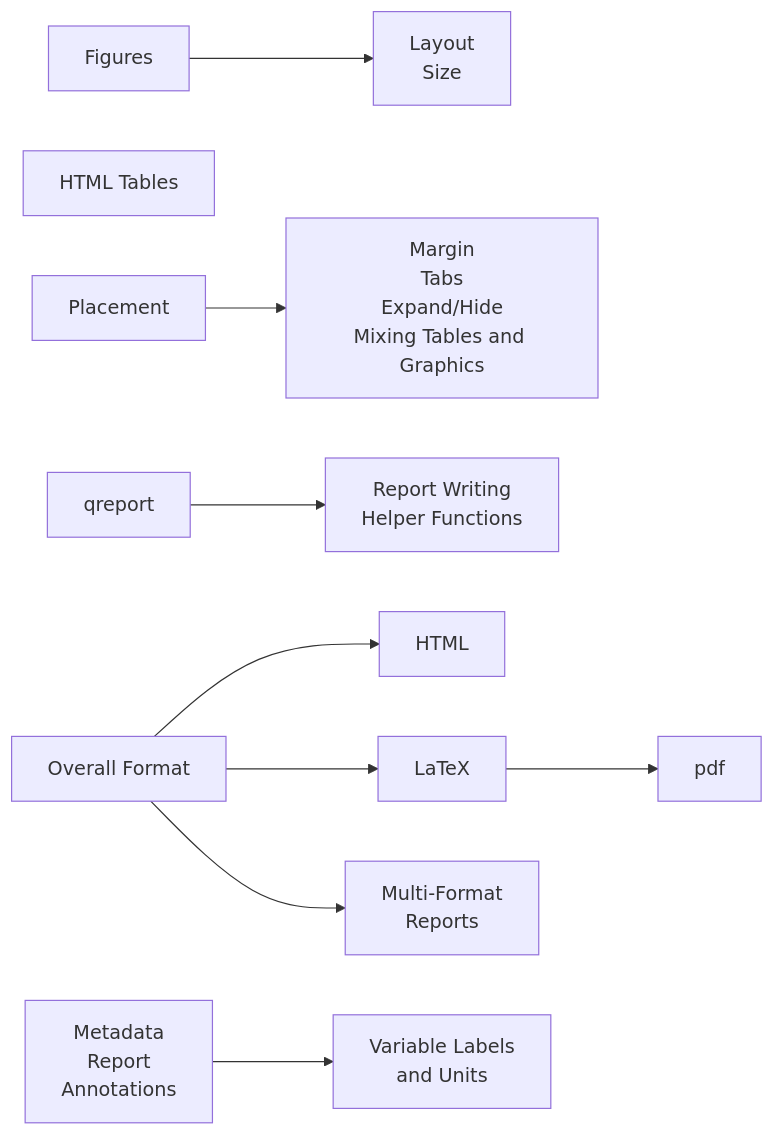
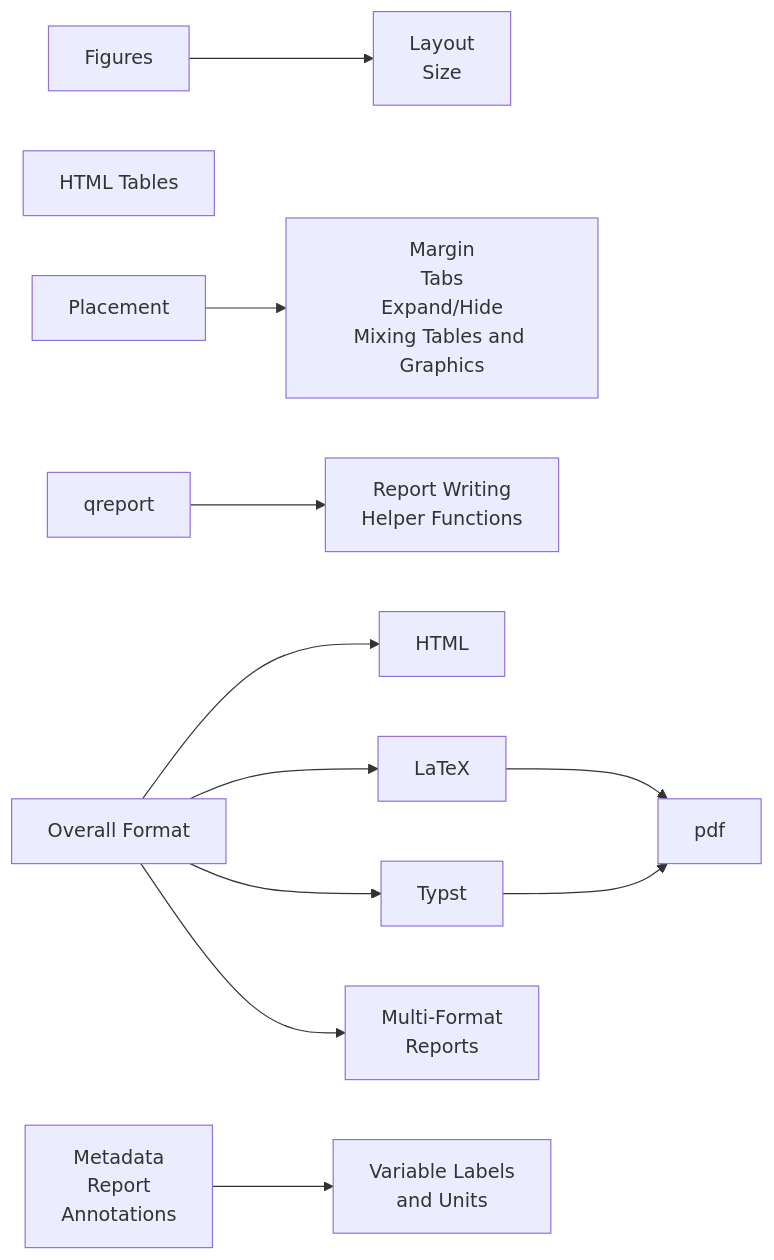
One commit to harrelfe/rflow changed the first of 6 diagrams in rformat.qmd. Above: the diagram before and after it, drawn with Mermaid. The commit also changed other lines of this file and 13 other files, not shown here.

````diff
--- a/rformat.qmd
+++ b/rformat.qmd
@@ -3,11 +3,12 @@
 ```{mermaid}
 flowchart LR
 Fig[Figures] --> Lay[Layout<br>Size]
 Tab[HTML Tables]
 Place[Placement] --> places[Margin<br>Tabs<br>Expand/Hide<br>Mixing Tables and Graphics]
 rept[qreport] --> rhf[Report Writing<br>Helper Functions]
 OF[Overall Format] --> ofs[HTML]
 OF --> ltx[LaTeX] --> pdf[pdf]
+OF --> typst[Typst] --> pdf
 OF --> mfd[Multi-Format<br>Reports]
 MD[Metadata<br>Report<br>Annotations] --> mds[Variable Labels<br>and Units]
 ```
````
